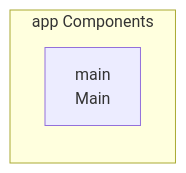
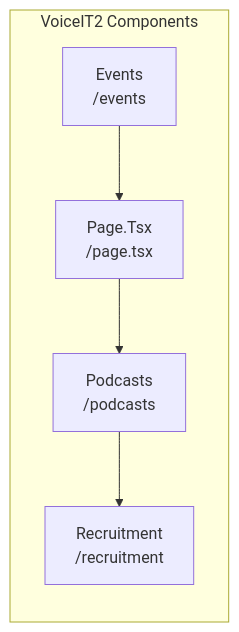
The third of 4 diagrams in README.md (Punyamittal/VoiceIT2), drawn with Mermaid before and after one commit. The commit also changed other lines of this file, not shown here.

````diff
--- a/README.md
+++ b/README.md
@@ -118,6 +137,12 @@
 ```mermaid
 graph LR
-    subgraph App["app Components"]
-        main["main<br/>Main"]
+    subgraph App["VoiceIT2 Components"]
+        events["Events<br/>/events"]
+        page_tsx["Page.Tsx<br/>/page.tsx"]
+        podcasts["Podcasts<br/>/podcasts"]
+        recruitment["Recruitment<br/>/recruitment"]
     end
+    events --> page_tsx
+    page_tsx --> podcasts
+    podcasts --> recruitment
 ```
````
